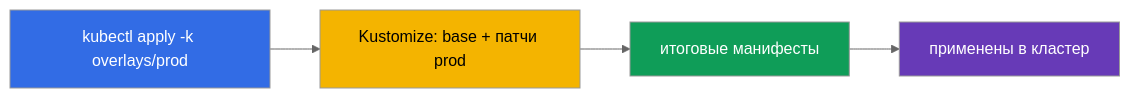
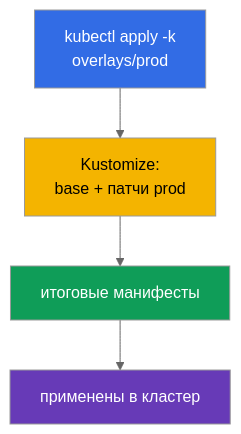
One commit to ViktorUJ/cks changed the third of 5 diagrams in tasks/cka/course/43/ru.md. Above: the diagram before and after it, drawn with Mermaid (neutral theme). The commit also changed other lines of this file and 30 other files, not shown here.

````diff
--- a/tasks/cka/course/43/ru.md
+++ b/tasks/cka/course/43/ru.md
@@ -102,8 +102,10 @@
 ```mermaid
-flowchart LR
-    k["kubectl apply -k overlays/prod"] --> merge["Kustomize: base + патчи prod"] --> result["итоговые манифесты"] --> cluster["применены в кластер"]
+flowchart TB
+    k["kubectl apply -k<br>overlays/prod"] --> merge["Kustomize:<br>base + патчи prod"]
+    merge --> result["итоговые манифесты"]
+    result --> cluster["применены в кластер"]
     style k fill:#326ce5,color:#fff
     style merge fill:#f4b400,color:#000
     style result fill:#0f9d58,color:#fff
     style cluster fill:#673ab7,color:#fff
 ```
````
